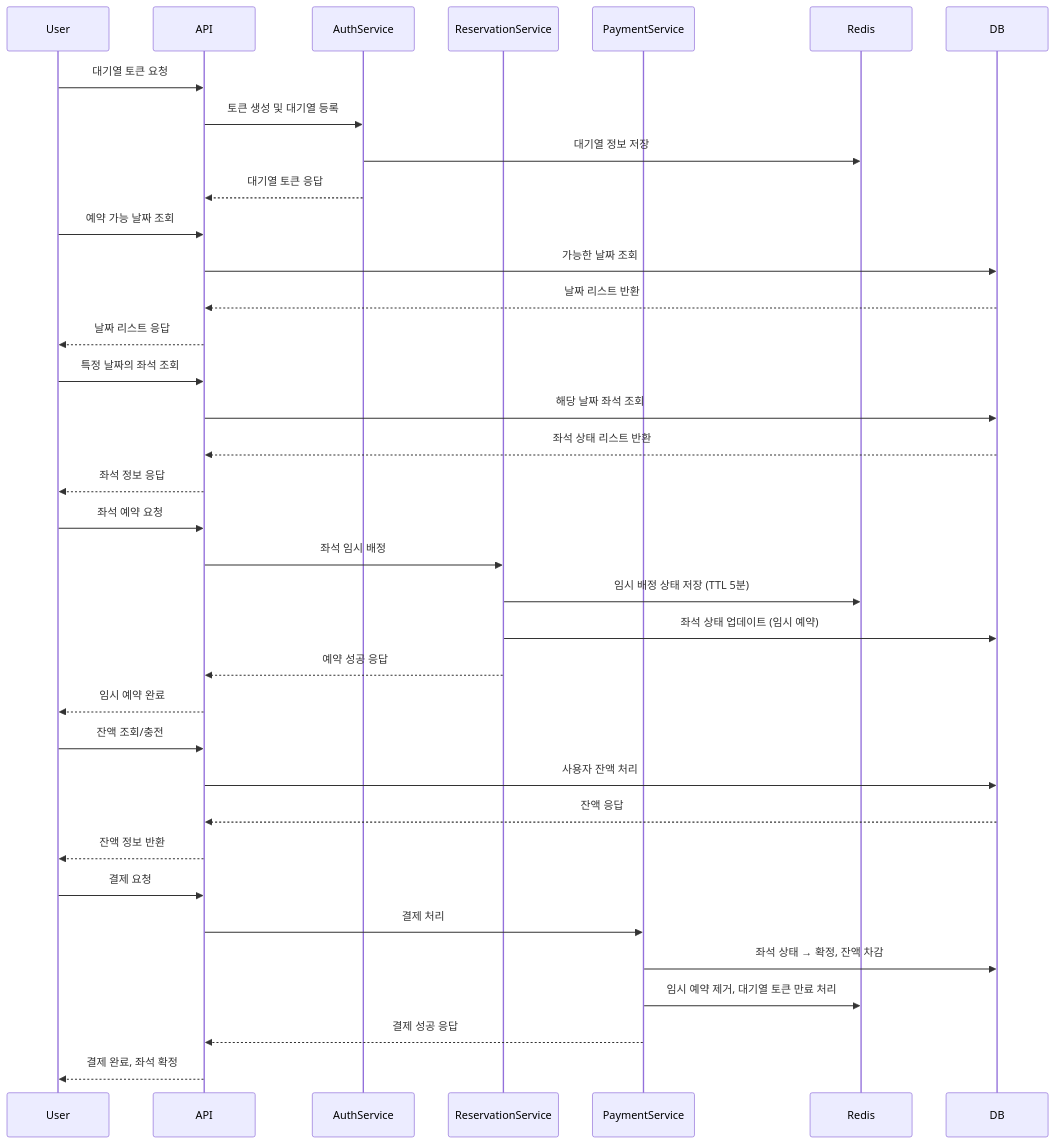
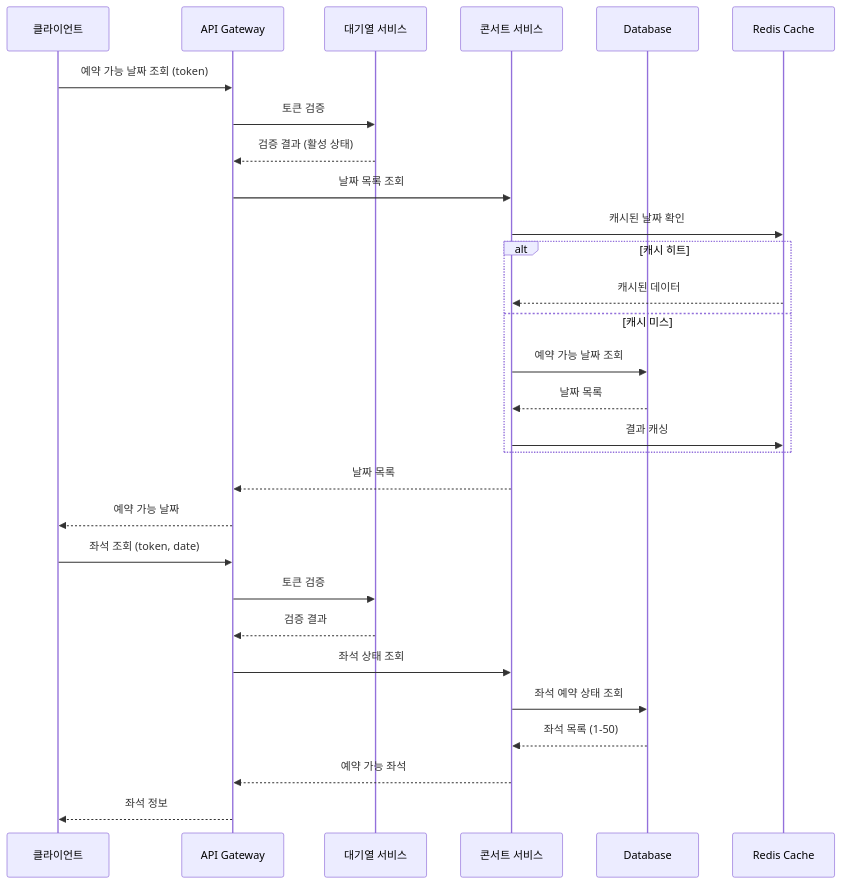
One commit to woolfie1101/hh-server-2 changed the second of 6 diagrams in docs/sequence.md. Above: the diagram before and after it, drawn with Mermaid. The commit also changed other lines of this file, not shown here.

Commit message:
시퀀스 다이어그램 수정

````diff
--- a/docs/sequence.md
+++ b/docs/sequence.md
@@ -24,44 +34,33 @@
 ```mermaid
 sequenceDiagram
-    participant User
-    participant API
-    participant AuthService
-    participant ReservationService
-    participant PaymentService
-    participant Redis
-    participant DB
+    participant Client as 클라이언트
+    participant API as API Gateway
+    participant QueueService as 대기열 서비스
+    participant ConcertService as 콘서트 서비스
+    participant DB as Database
+    participant Cache as Redis Cache
 
-    User->>API: 대기열 토큰 요청
-    API->>AuthService: 토큰 생성 및 대기열 등록
-    AuthService->>Redis: 대기열 정보 저장
-    AuthService-->>API: 대기열 토큰 응답
+    Client->>API: 예약 가능 날짜 조회 (token)
+    API->>QueueService: 토큰 검증
+    QueueService-->>API: 검증 결과 (활성 상태)
+    API->>ConcertService: 날짜 목록 조회
+    ConcertService->>Cache: 캐시된 날짜 확인
+    alt 캐시 히트
+        Cache-->>ConcertService: 캐시된 데이터
+    else 캐시 미스
+        ConcertService->>DB: 예약 가능 날짜 조회
+        DB-->>ConcertService: 날짜 목록
+        ConcertService->>Cache: 결과 캐싱
+    end
+    ConcertService-->>API: 날짜 목록
+    API-->>Client: 예약 가능 날짜
 
-    User->>API: 예약 가능 날짜 조회
-    API->>DB: 가능한 날짜 조회
-    DB-->>API: 날짜 리스트 반환
-    API-->>User: 날짜 리스트 응답
-
-    User->>API: 특정 날짜의 좌석 조회
-    API->>DB: 해당 날짜 좌석 조회
-    DB-->>API: 좌석 상태 리스트 반환
-    API-->>User: 좌석 정보 응답
-
-    User->>API: 좌석 예약 요청
-    API->>ReservationService: 좌석 임시 배정
-    ReservationService->>Redis: 임시 배정 상태 저장 (TTL 5분)
-    ReservationService->>DB: 좌석 상태 업데이트 (임시 예약)
-    ReservationService-->>API: 예약 성공 응답
-    API-->>User: 임시 예약 완료
-
-    User->>API: 잔액 조회/충전
-    API->>DB: 사용자 잔액 처리
-    DB-->>API: 잔액 응답
-    API-->>User: 잔액 정보 반환
-
-    User->>API: 결제 요청
-    API->>PaymentService: 결제 처리
-    PaymentService->>DB: 좌석 상태 → 확정, 잔액 차감
-    PaymentService->>Redis: 임시 예약 제거, 대기열 토큰 만료 처리
-    PaymentService-->>API: 결제 성공 응답
-    API-->>User: 결제 완료, 좌석 확정
+    Client->>API: 좌석 조회 (token, date)
+    API->>QueueService: 토큰 검증
+    QueueService-->>API: 검증 결과
+    API->>ConcertService: 좌석 상태 조회
+    ConcertService->>DB: 좌석 예약 상태 조회
+    DB-->>ConcertService: 좌석 목록 (1-50)
+    ConcertService-->>API: 예약 가능 좌석
+    API-->>Client: 좌석 정보
 ```
````
